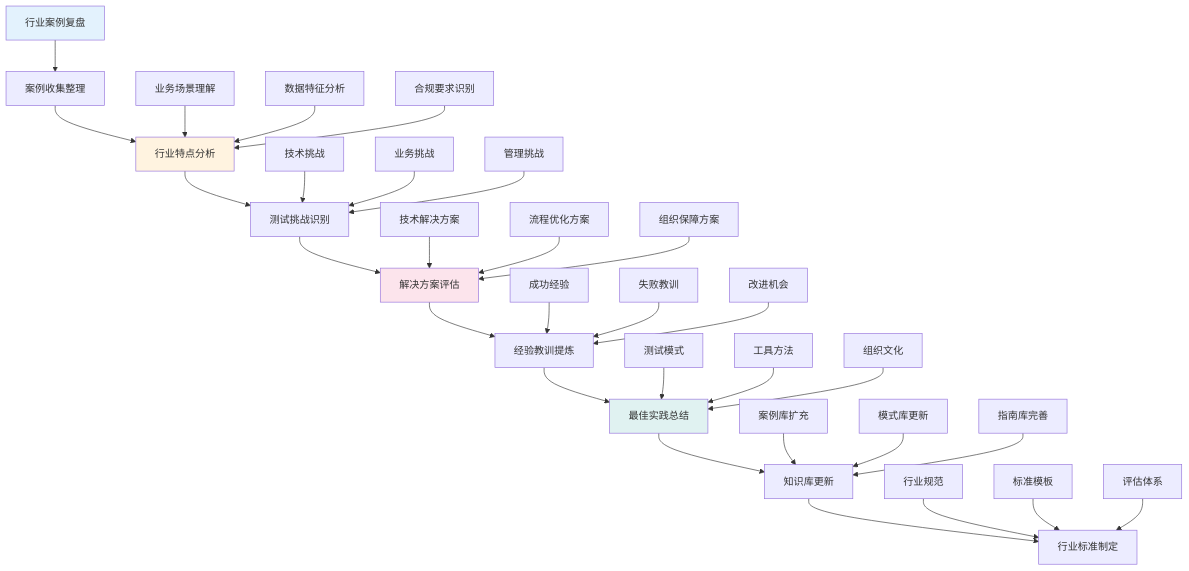
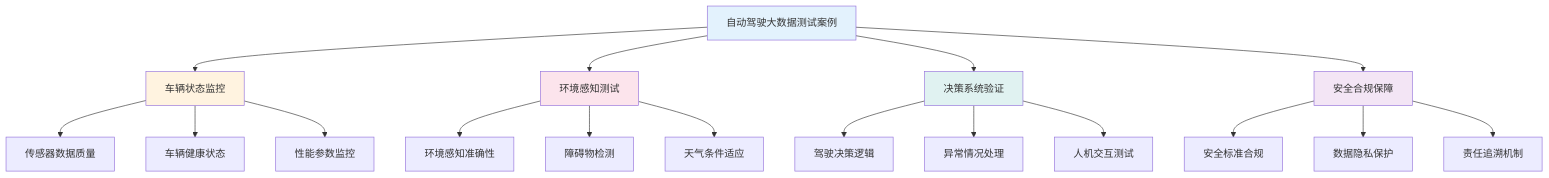
The sixth of 7 diagrams in chapter/第4篇-第18章.md (Tiger-00700/2025-10M-Testing), drawn with Mermaid before and after one commit. The commit also changed other lines of this file and 647 other files, not shown here.

````diff
--- a/chapter/第4篇-第18章.md
+++ b/chapter/第4篇-第18章.md
@@ -2384,44 +2556,29 @@
 ```mermaid
 graph TD
-    A[行业案例复盘] --> B[案例收集整理]
-    B --> C[行业特点分析]
-    C --> D[测试挑战识别]
-    D --> E[解决方案评估]
-    E --> F[经验教训提炼]
-    F --> G[最佳实践总结]
-    G --> H[知识库更新]
-    H --> I[行业标准制定]
+    A[自动驾驶大数据测试案例] --> B[车辆状态监控]
+    A --> C[环境感知测试]
+    A --> D[决策系统验证]
+    A --> E[安全合规保障]
     
-    C1[业务场景理解] --> C
-    C2[数据特征分析] --> C
-    C3[合规要求识别] --> C
+    B --> B1[传感器数据质量]
+    B --> B2[车辆健康状态]
+    B --> B3[性能参数监控]
     
-    D1[技术挑战] --> D
-    D2[业务挑战] --> D
-    D3[管理挑战] --> D
+    C --> C1[环境感知准确性]
+    C --> C2[障碍物检测]
+    C --> C3[天气条件适应]
     
-    E1[技术解决方案] --> E
-    E2[流程优化方案] --> E
-    E3[组织保障方案] --> E
+    D --> D1[驾驶决策逻辑]
+    D --> D2[异常情况处理]
+    D --> D3[人机交互测试]
     
-    F1[成功经验] --> F
-    F2[失败教训] --> F
-    F3[改进机会] --> F
-    
-    G1[测试模式] --> G
-    G2[工具方法] --> G
-    G3[组织文化] --> G
-    
-    H1[案例库扩充] --> H
-    H2[模式库更新] --> H
-    H3[指南库完善] --> H
-    
-    I1[行业规范] --> I
-    I2[标准模板] --> I
-    I3[评估体系] --> I
+    E --> E1[安全标准合规]
+    E --> E2[数据隐私保护]
+    E --> E3[责任追溯机制]
     
     style A fill:#e3f2fd
-    style C fill:#fff3e0
-    style E fill:#fce4ec
-    style G fill:#e0f2f1
+    style B fill:#fff3e0
+    style C fill:#fce4ec
+    style D fill:#e0f2f1
+    style E fill:#f3e5f5
 ```
````
